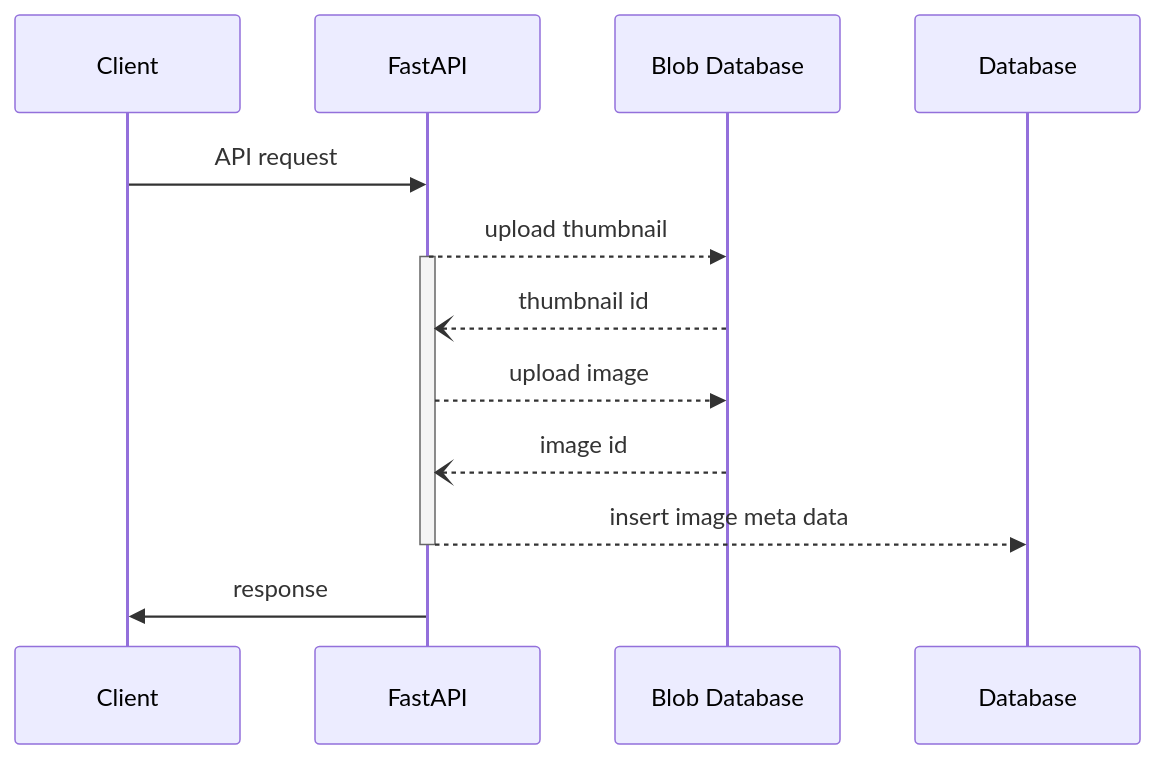
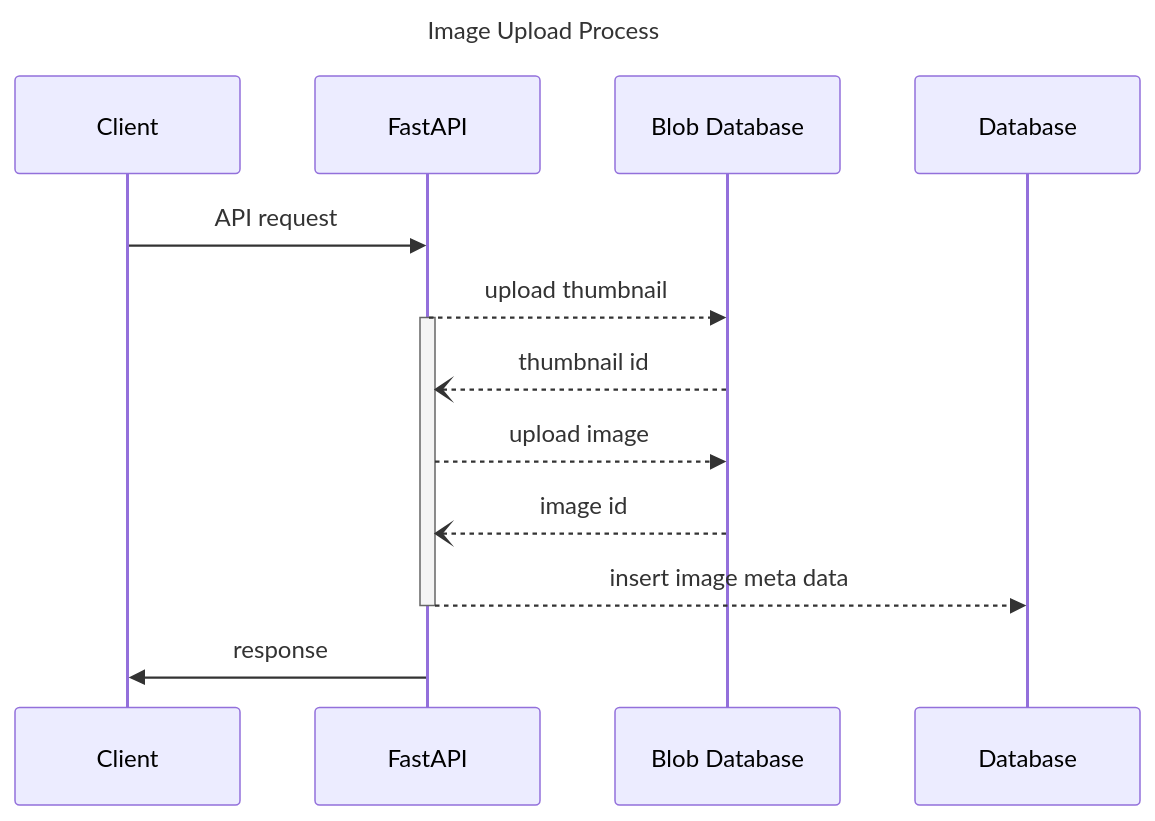
The second of 3 diagrams in docs/portfolio/vision.md (djccnt15/djccnt15.github.io), drawn with Mermaid before and after one commit. The commit also changed other lines of this file and 3 other files, not shown here.

````diff
--- a/docs/portfolio/vision.md
+++ b/docs/portfolio/vision.md
@@ -156,12 +158,15 @@
 ```mermaid
+---
+title: Image Upload Process
+---
 sequenceDiagram
     Client ->> FastAPI: API request
     FastAPI -->> Blob Database: upload thumbnail
     activate FastAPI
     Blob Database --) FastAPI: thumbnail id
     FastAPI -->> Blob Database: upload image
     Blob Database --) FastAPI: image id
     FastAPI -->> Database: insert image meta data
     deactivate FastAPI
     FastAPI ->> Client: response
 ```
````
